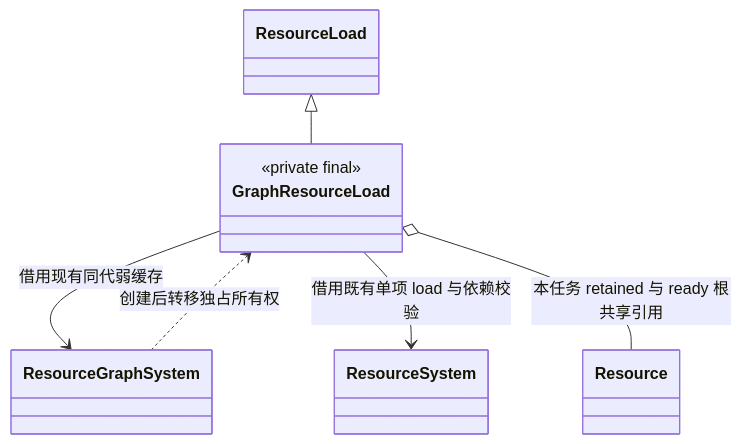
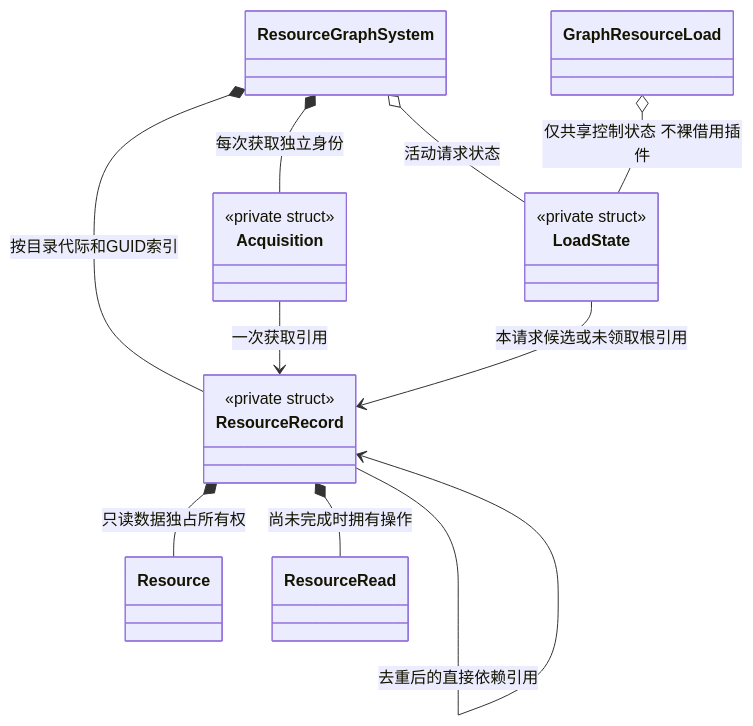
One commit to lcals/Engine changed the second of 3 diagrams in docs/plugins/runtime/class-diagrams/resource-graph.md. Above: the diagram before and after it, drawn with Mermaid. The commit also changed other lines of this file and 391 other files, not shown here.

````diff
--- a/docs/plugins/runtime/class-diagrams/resource-graph.md
+++ b/docs/plugins/runtime/class-diagrams/resource-graph.md
@@ -53,16 +56,25 @@
 ```mermaid
 classDiagram
-    direction TB
-    class GraphResourceLoad {
-        <<private final>>
+    class ResourceGraphSystem
+    class ResourceRecord {
+        <<private struct>>
     }
-    class ResourceLoad
-    class ResourceGraphSystem
-    class ResourceSystem
+    class Acquisition {
+        <<private struct>>
+    }
+    class LoadState {
+        <<private struct>>
+    }
+    class GraphResourceLoad
     class Resource
-    ResourceLoad <|-- GraphResourceLoad
-    ResourceGraphSystem ..> GraphResourceLoad : 创建后转移独占所有权
-    GraphResourceLoad --> ResourceGraphSystem : 借用现有同代弱缓存
-    GraphResourceLoad --> ResourceSystem : 借用既有单项 load 与依赖校验
-    GraphResourceLoad o-- Resource : 本任务 retained 与 ready 根共享引用
+    class ResourceRead
+    ResourceGraphSystem *-- ResourceRecord : 按目录代际和GUID索引
+    ResourceGraphSystem *-- Acquisition : 每次获取独立身份
+    ResourceGraphSystem o-- LoadState : 活动请求状态
+    GraphResourceLoad o-- LoadState : 仅共享控制状态 不裸借用插件
+    Acquisition --> ResourceRecord : 一次获取引用
+    LoadState --> ResourceRecord : 本请求候选或未领取根引用
+    ResourceRecord *-- Resource : 只读数据独占所有权
+    ResourceRecord *-- ResourceRead : 尚未完成时拥有操作
+    ResourceRecord --> ResourceRecord : 去重后的直接依赖引用
 ```
````
